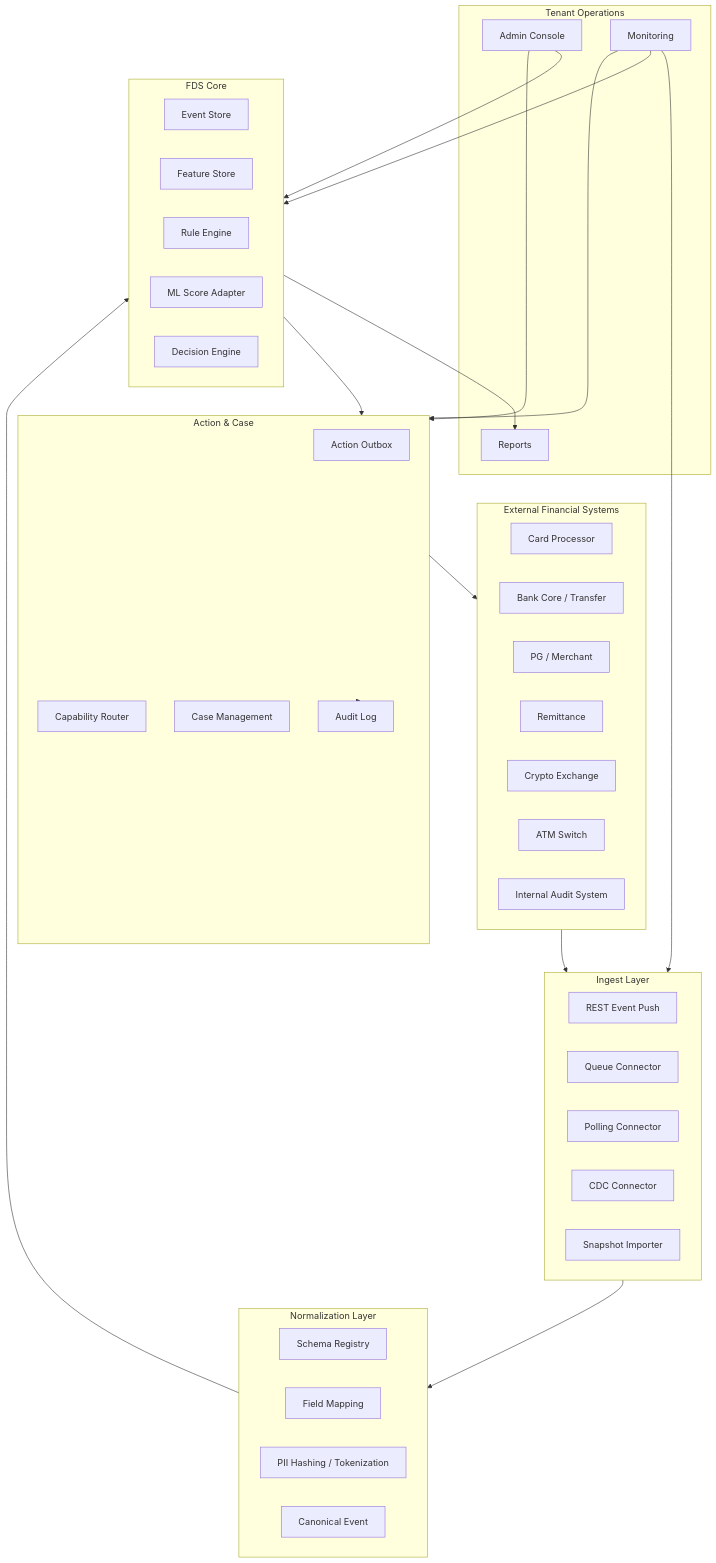
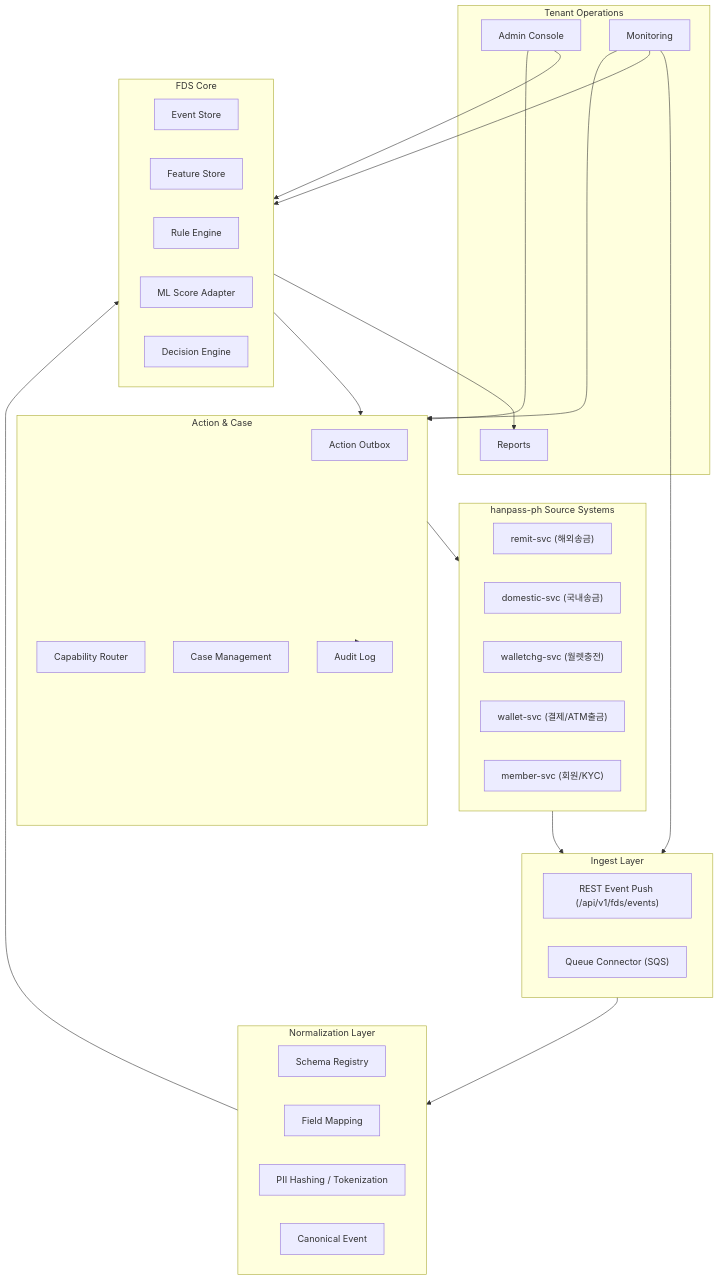
Before and after one commit to smkim89/aml-system-docs: the first of 10 diagrams in docs/software/01-fdsSvc-sass.md, drawn with Mermaid. The commit also changed other lines of this file and 11 other files, not shown here.

First line of the commit message:
docs: aml-system-docs 전체 hanpass-ph 기준 재정합

````diff
--- a/docs/software/01-fdsSvc-sass.md
+++ b/docs/software/01-fdsSvc-sass.md
@@ -278,58 +260,53 @@
 ```mermaid
 flowchart TB
-    subgraph External["External Financial Systems"]
-        Card["Card Processor"]
-        Bank["Bank Core / Transfer"]
-        PG["PG / Merchant"]
-        Remit["Remittance"]
-        Crypto["Crypto Exchange"]
-        ATM["ATM Switch"]
-        Audit["Internal Audit System"]
+    subgraph External["hanpass-ph Source Systems"]
+        Remit["remit-svc (해외송금)"]
+        Domestic["domestic-svc (국내송금)"]
+        WalletChg["walletchg-svc (월렛충전)"]
+        Wallet["wallet-svc (결제/ATM출금)"]
+        Member["member-svc (회원/KYC)"]
     end
 
     subgraph Ingest["Ingest Layer"]
-        Push["REST Event Push"]
-        Queue["Queue Connector"]
-        Poll["Polling Connector"]
-        CDC["CDC Connector"]
-        Snapshot["Snapshot Importer"]
+        Push["REST Event Push (/api/v1/fds/events)"]
+        Queue["Queue Connector (SQS)"]
     end
 
     subgraph Normalize["Normalization Layer"]
         Schema["Schema Registry"]
         Mapper["Field Mapping"]
         PII["PII Hashing / Tokenization"]
         Canonical["Canonical Event"]
     end
 
     subgraph Core["FDS Core"]
         Store["Event Store"]
         Feature["Feature Store"]
         Rule["Rule Engine"]
         ML["ML Score Adapter"]
         Decision["Decision Engine"]
     end
 
     subgraph Action["Action & Case"]
         Outbox["Action Outbox"]
         Router["Capability Router"]
         Case["Case Management"]
         AuditLog["Audit Log"]
     end
 
     subgraph TenantOps["Tenant Operations"]
         Admin["Admin Console"]
         Reports["Reports"]
         Monitor["Monitoring"]
     end
 
     External --> Ingest --> Normalize --> Core --> Action
     Admin --> Core
     Admin --> Action
     Action --> External
     Core --> Reports
     Action --> AuditLog
     Monitor --> Ingest
     Monitor --> Core
     Monitor --> Action
 ```
````
